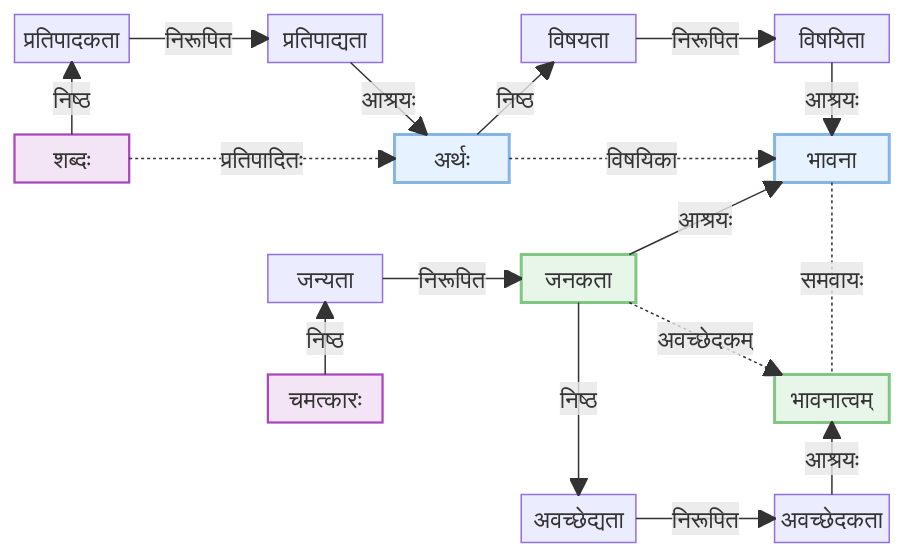
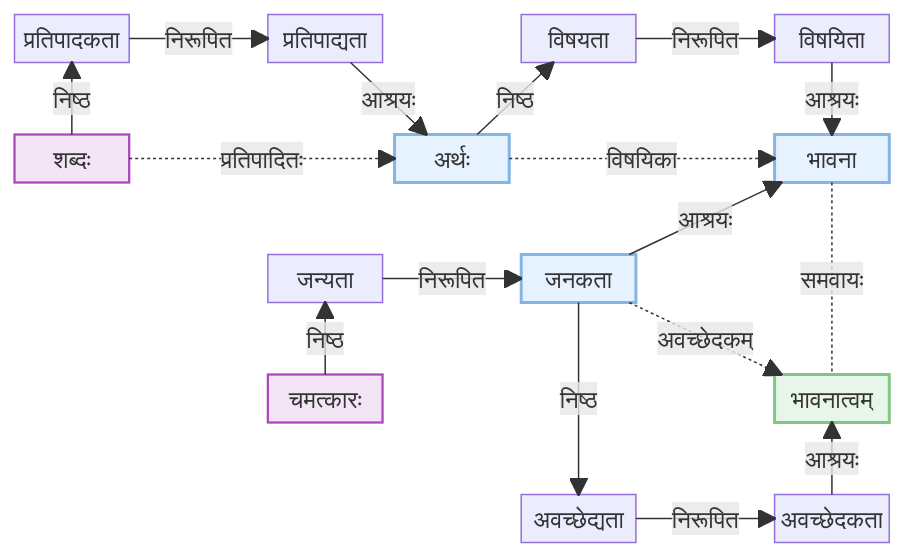
Before and after one commit to vagvibha/sahitya: the third of 3 diagrams in shastra/texts/rgd/01/rgd1-02.md, drawn with Mermaid. The commit also changed other lines of this file, not shown here.

Commit message:
content update

````diff
--- a/shastra/texts/rgd/01/rgd1-02.md
+++ b/shastra/texts/rgd/01/rgd1-02.md
@@ -239,46 +239,47 @@
 ```mermaid
 block-beta
     columns 7
     
     
     m1["प्रतिपादकता"]  space  m2["प्रतिपाद्यता"] space  m3["विषयता"] space m4["विषयिता"]
     space:7
     b1["शब्दः"]  space:2  b2["अर्थः"] space:2  b4["भावना"]
     b1 -. "प्रतिपादितः" .-> b2
     b2 -. "विषयिका" .-> b4
     
     style b1 fill:#f3e5f5,stroke:#ab47bc,stroke-width:1.5px
     style b2 fill:#e6f2ff,stroke:#85b5e3,stroke-width:2px
     style b4 fill:#e6f2ff,stroke:#85b5e3,stroke-width:2px
 
     space:7
     space:2 r32["जन्यता"]  space  r33["जनकता"] space:2
-    style r33 fill:#e8f5e9,stroke:#81c784,stroke-width:2px
+    %%style r33 fill:#e8f5e9,stroke:#81c784,stroke-width:2px
+    style r33 fill:#e6f2ff,stroke:#85b5e3,stroke-width:2px
     space:7
     space:2 r42["चमत्कारः"] space:3  r44["भावनात्वम्"]
     style r44 fill:#e8f5e9,stroke:#81c784,stroke-width:2px
     style r42 fill:#f3e5f5,stroke:#ab47bc,stroke-width:1.5px
     %%style r43 fill:#e6f2ff,stroke:#85b5e3,stroke-width:2px
     space:7
     space:4  r53["अवच्छेद्यता"]  space  r54["अवच्छेदकता"]
 
     b1-- "निष्ठ" -->m1
     m1-- "निरूपित" --> m2
     m2-- "आश्रयः" --> b2
     b2-- "निष्ठ" -->m3
     m3-- "निरूपित" --> m4
     m4-- "आश्रयः" --> b4
 
     r42-- "निष्ठ" --> r32
     r32-- "निरूपित" --> r33
     r33-- "आश्रयः" --> b4
     r33 -. "अवच्छेदकम्" .-> r44
     b4 -. "समवायः" .- r44
 
     %% Arrow color change
     r33-- "निष्ठ" --> r53
     r53-- "निरूपित" --> r54
     r54-- "आश्रयः" -->r44
 
     %%style m4 fill:#e6f2ff,stroke:#85b5e3,stroke-width:2px
 ```
````
